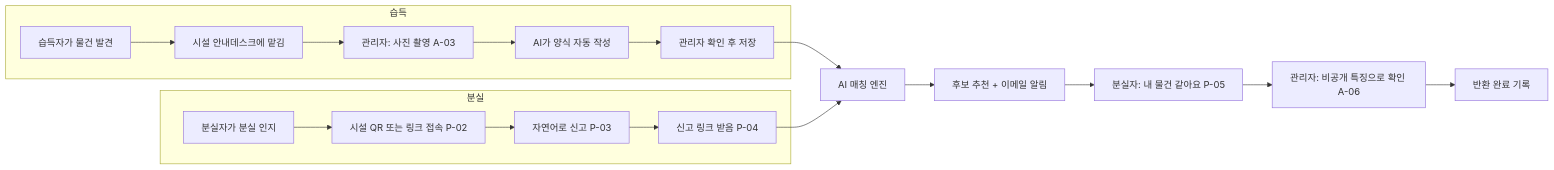
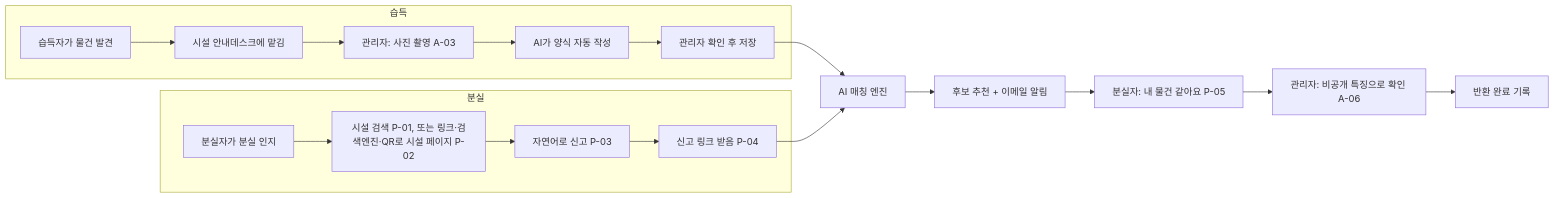
Before and after one commit to wjddns0122/itsme: the first of 13 diagrams in docs/02-user-flows.md, drawn with Mermaid. The commit also changed other lines of this file and 19 other files, not shown here.

````diff
--- a/docs/02-user-flows.md
+++ b/docs/02-user-flows.md
@@ -10,20 +10,20 @@
 ```mermaid
 flowchart LR
     subgraph found["습득"]
         F1["습득자가 물건 발견"] --> F2["시설 안내데스크에 맡김"]
         F2 --> F3["관리자: 사진 촬영 A-03"]
         F3 --> F4["AI가 양식 자동 작성"]
         F4 --> F5["관리자 확인 후 저장"]
     end
     subgraph lost["분실"]
-        L1["분실자가 분실 인지"] --> L2["시설 QR 또는 링크 접속 P-02"]
+        L1["분실자가 분실 인지"] --> L2["시설 검색 P-01, 또는 링크·검색엔진·QR로 시설 페이지 P-02"]
         L2 --> L3["자연어로 신고 P-03"]
         L3 --> L4["신고 링크 받음 P-04"]
     end
     F5 --> M["AI 매칭 엔진"]
     L4 --> M
     M --> C["후보 추천 + 이메일 알림"]
     C --> D["분실자: 내 물건 같아요 P-05"]
     D --> E["관리자: 비공개 특징으로 확인 A-06"]
     E --> R["반환 완료 기록"]
 ```
````
